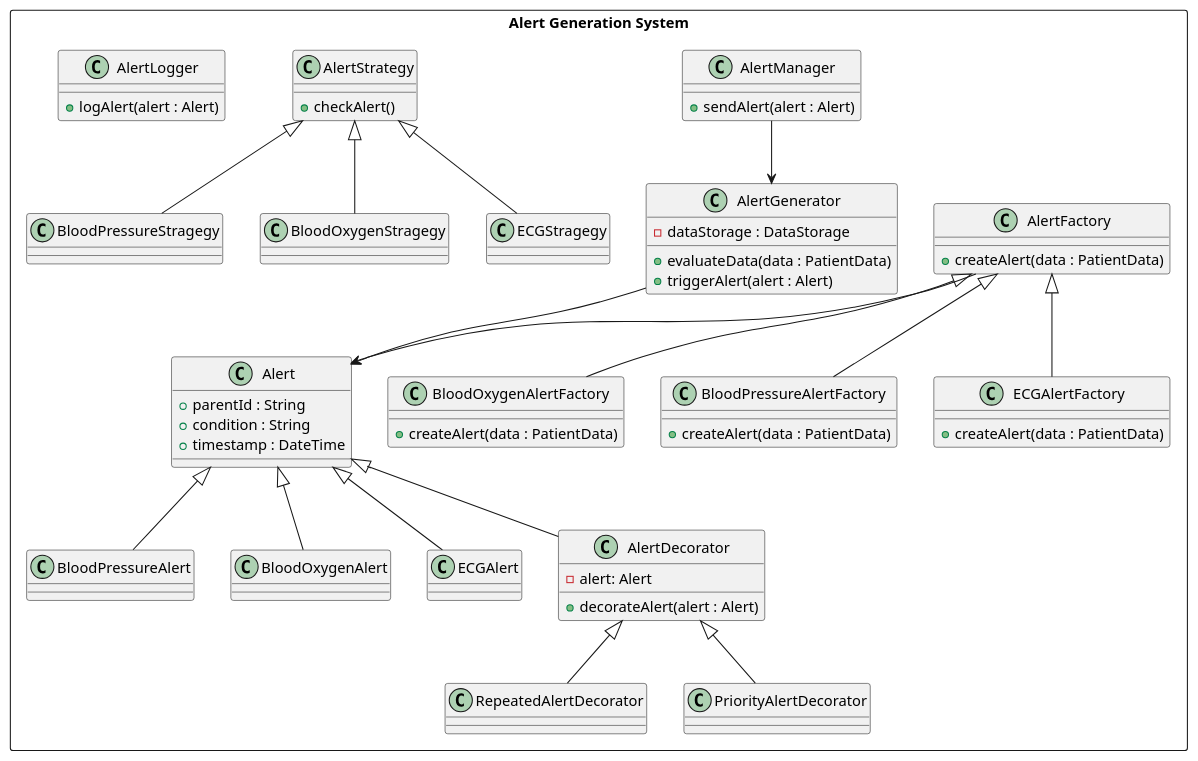
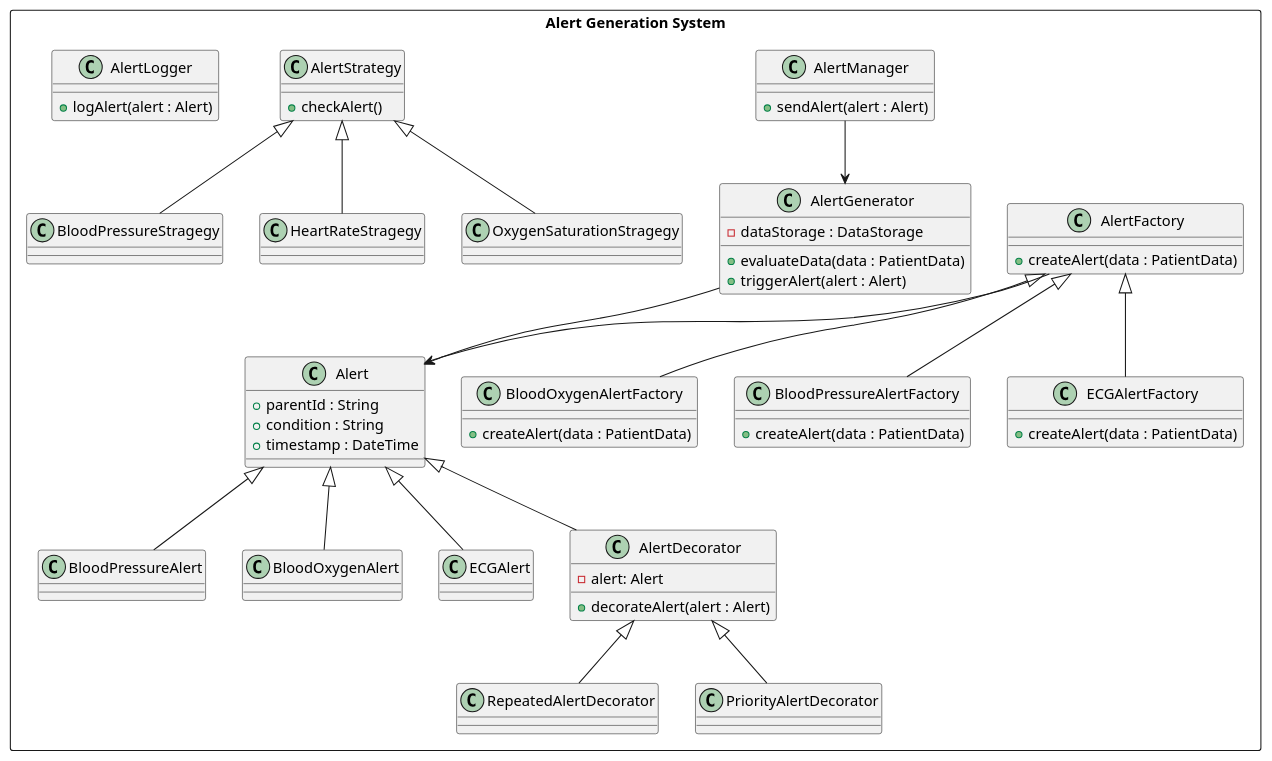
Before and after one commit to Mihai-Solescu/signal_project: the diagram in uml/uml_v2/alerts.plantuml, drawn with PlantUML. The commit also changed 21 other files, not shown here.

```diff
--- a/uml/uml_v2/alerts.plantuml
+++ b/uml/uml_v2/alerts.plantuml
@@ -1,112 +1,112 @@
 @startuml
 
 rectangle "Alert Generation System" as AGS {
     class "AlertGenerator" as AG {
         -dataStorage : DataStorage
         +evaluateData(data : PatientData)
         +triggerAlert(alert : Alert)
     }
 
     AG --> A
 
     class "Alert" as A {
         +parentId : String
         +condition : String
         +timestamp : DateTime
     }
 
     class "BloodPressureAlert" as BPA {
 
     }
 
     A <|-- BPA
 
     class "BloodOxygenAlert" as BOA {
 
     }
 
     A <|-- BOA
 
     class "ECGAlert" as ECGA {
 
     }
 
     A <|-- ECGA
 
     class "AlertFactory" as AF {
         +createAlert(data : PatientData)
     }
 
     AF --> A
 
     class "BloodOxygenAlertFactory" as BOAF {
         +createAlert(data : PatientData)
     }
 
     AF <|-- BOAF
 
     class "BloodPressureAlertFactory" as BPAF {
         +createAlert(data : PatientData)
     }
 
     AF <|-- BPAF
 
     class "ECGAlertFactory" as ECGAF {
         +createAlert(data : PatientData)
     }
 
     AF <|-- ECGAF
 
     class "AlertManager" as AM {
         +sendAlert(alert : Alert)
     }
 
     AM --> AG
 
     class "AlertStrategy" as AS {
         +checkAlert()
     }
 
     class "BloodPressureStragegy" as BPS {
 
     }
 
     AS <|-- BPS
 
-    class "BloodOxygenStragegy" as BOS {
+    class "HeartRateStragegy" as BOS {
 
     }
 
     AS <|-- BOS
 
-    class "ECGStragegy" as ECGS {
+    class "OxygenSaturationStragegy" as ECGS {
 
     }
 
     AS <|-- ECGS
 
     class "AlertDecorator" as AD {
         -alert: Alert
         +decorateAlert(alert : Alert)
     }
 
     A <|-- AD
 
     class "RepeatedAlertDecorator" as RAD {
         'Checks and re-checks alert conditions over a set interval.
     }
 
     AD <|-- RAD
 
     class "PriorityAlertDecorator" as PAD {
         'Adds prioritization tagging to alerts needing urgent attention.
     }
 
     AD <|-- PAD
 
     class "AlertLogger" as AL {
         +logAlert(alert : Alert)
     }
 }
 
 @enduml
```
